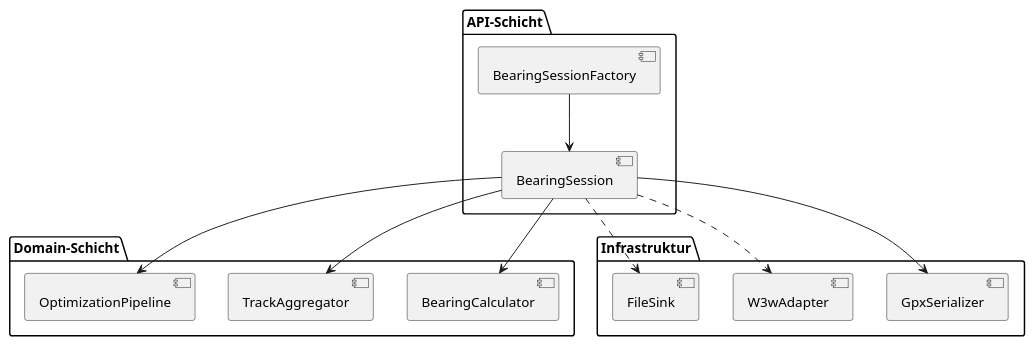
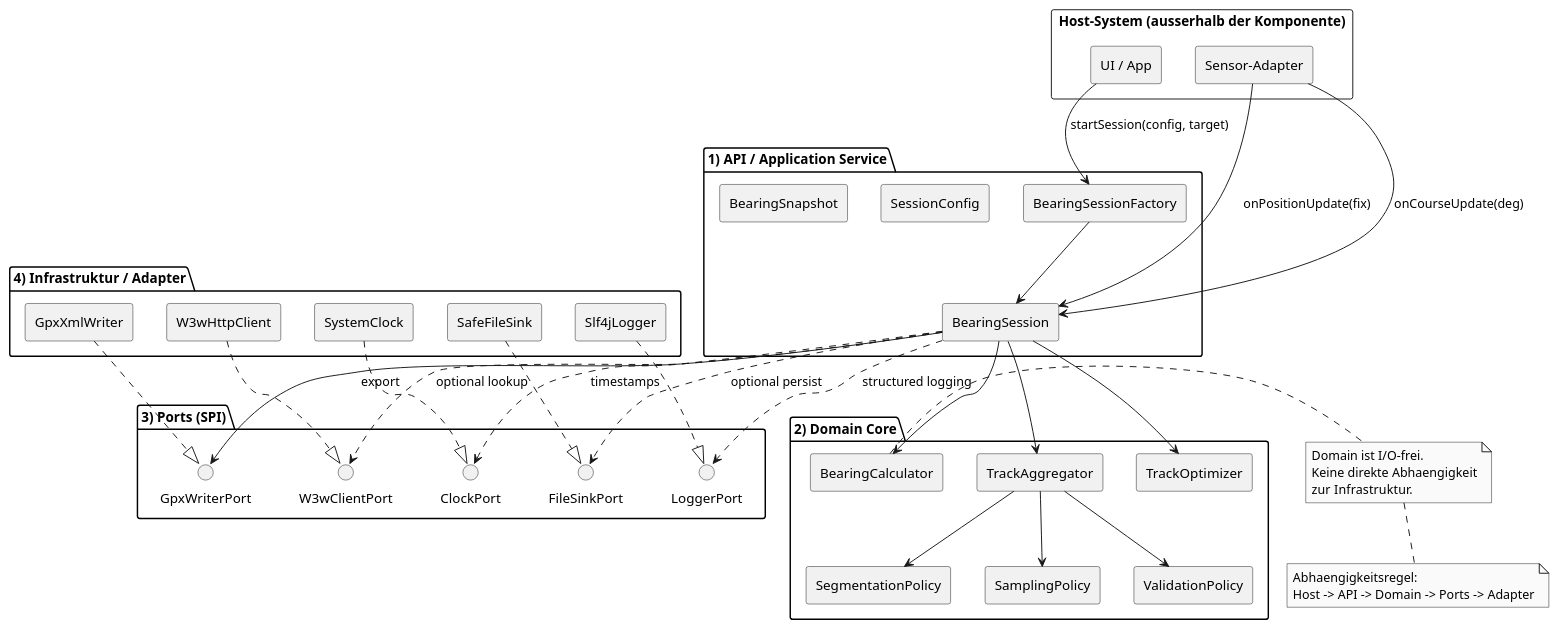
Before and after one commit to BenschD/SWE-Kompass: the diagram in Vorschrieb/plantuml/component-layers.puml, drawn with PlantUML. The commit also changed 1 other file, not shown here.

```diff
--- a/Vorschrieb/plantuml/component-layers.puml
+++ b/Vorschrieb/plantuml/component-layers.puml
@@ -1,29 +1,77 @@
 @startuml SWE_Kompass_Component_Layers
 skinparam monochrome true
 skinparam shadowing false
+skinparam componentStyle rectangle
 
-package "API-Schicht" {
+rectangle "Host-System (ausserhalb der Komponente)" {
+  [UI / App] as UI
+  [Sensor-Adapter] as SA
+}
+
+package "1) API / Application Service" {
   [BearingSessionFactory] as F
   [BearingSession] as S
+  [SessionConfig] as CFG
+  [BearingSnapshot] as SNAP
 }
 
-package "Domain-Schicht" {
+package "2) Domain Core" {
   [BearingCalculator] as BC
   [TrackAggregator] as TA
-  [OptimizationPipeline] as OP
+  [TrackOptimizer] as OP
+  [SamplingPolicy] as SP
+  [ValidationPolicy] as VP
+  [SegmentationPolicy] as SEG
 }
 
-package "Infrastruktur" {
-  [GpxSerializer] as GX
-  [W3wAdapter] as W3W
-  [FileSink] as FS
+package "3) Ports (SPI)" {
+  interface "GpxWriterPort" as P_GPX
+  interface "W3wClientPort" as P_W3W
+  interface "ClockPort" as P_CLK
+  interface "FileSinkPort" as P_FS
+  interface "LoggerPort" as P_LOG
 }
+
+package "4) Infrastruktur / Adapter" {
+  [GpxXmlWriter] as GX
+  [W3wHttpClient] as W3W
+  [SystemClock] as CLK
+  [SafeFileSink] as FS
+  [Slf4jLogger] as LOG
+}
+
+UI --> F : startSession(config, target)
+SA --> S : onPositionUpdate(fix)
+SA --> S : onCourseUpdate(deg)
 
 F --> S
 S --> BC
 S --> TA
 S --> OP
-S --> GX
-S ..> W3W
-S ..> FS
+TA --> SP
+TA --> VP
+TA --> SEG
+
+S --> P_GPX : export
+S ..> P_W3W : optional lookup
+S ..> P_CLK : timestamps
+S ..> P_FS : optional persist
+S ..> P_LOG : structured logging
+
+GX ..|> P_GPX
+W3W ..|> P_W3W
+CLK ..|> P_CLK
+FS ..|> P_FS
+LOG ..|> P_LOG
+
+note right of BC
+  Domain ist I/O-frei.
+  Keine direkte Abhaengigkeit
+  zur Infrastruktur.
+end note
+
+note bottom
+  Abhaengigkeitsregel:
+  Host -> API -> Domain -> Ports -> Adapter
+end note
 @enduml
```
